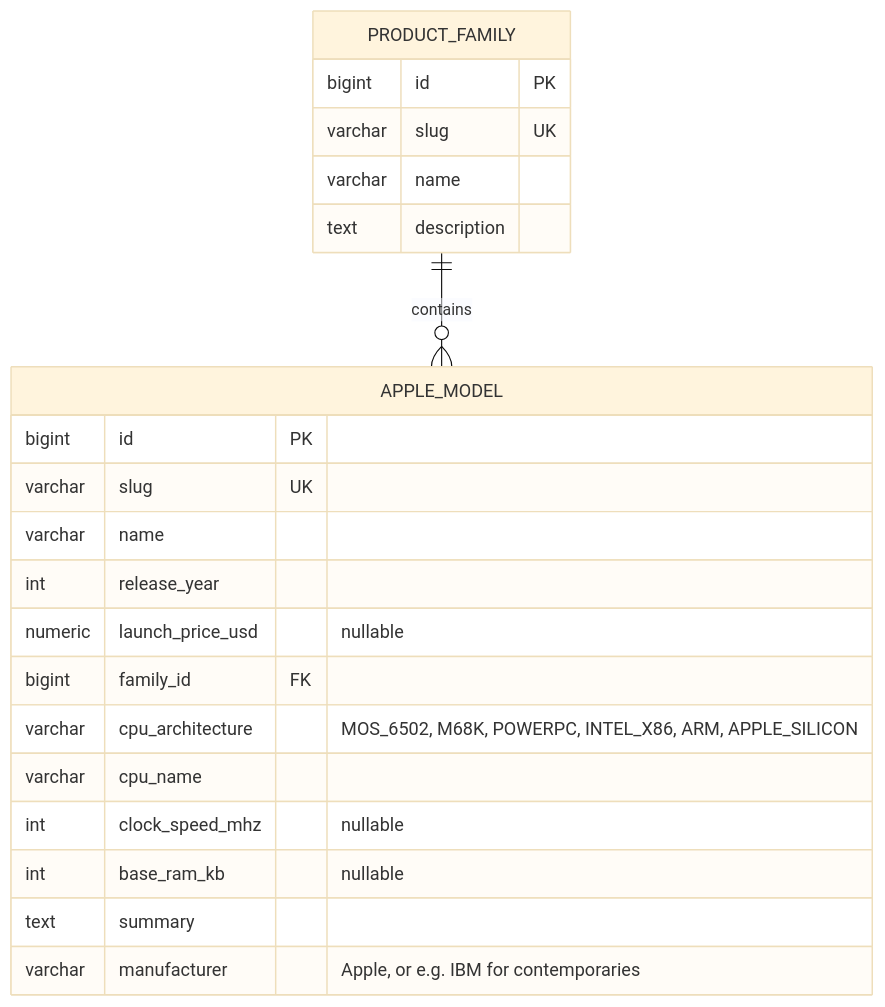
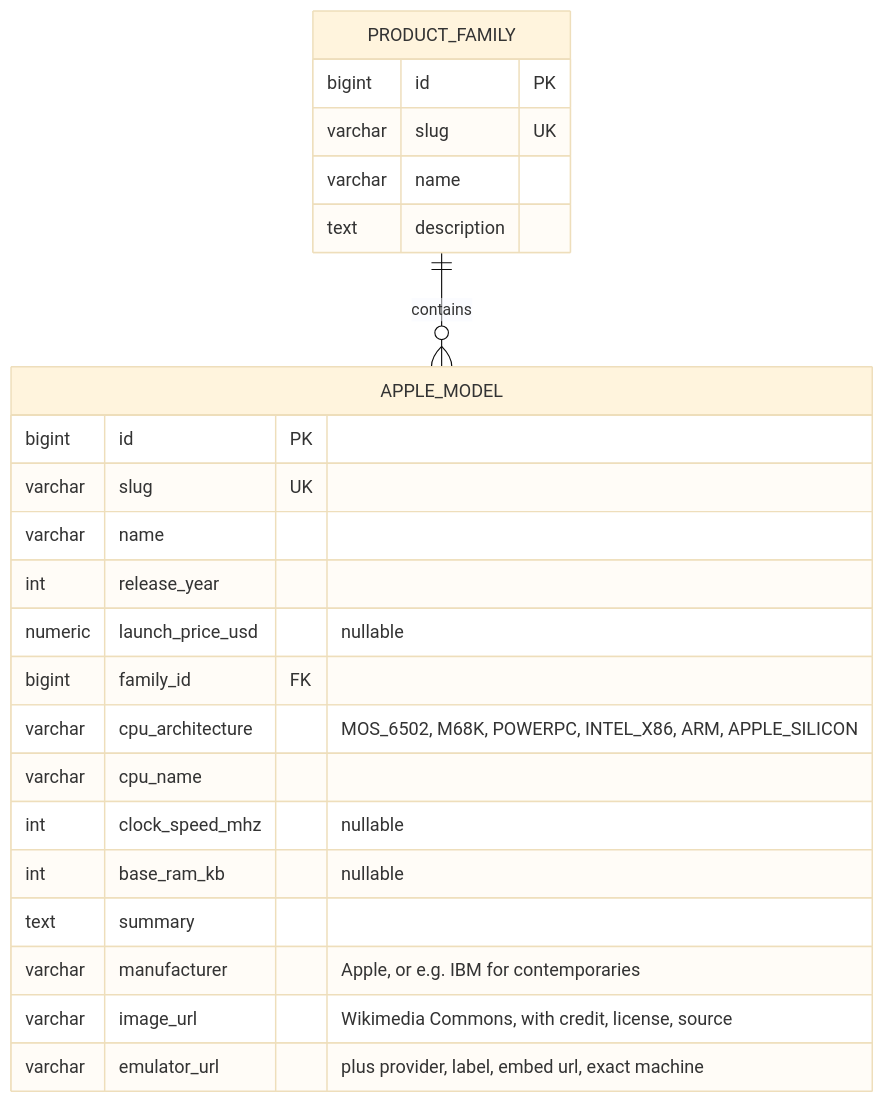
Before and after one commit to rsinghSD/mac-museum-api: the second of 4 diagrams in docs/architecture.md, drawn with Mermaid (base theme). The commit also changed 2 other files, not shown here.

Commit message:
Document photos, emulators, credits and the media rules
Claude-Session: https://claude.ai/code/session_016GJQoHyJHwk3LUa3CXzxvo

````diff
--- a/docs/architecture.md
+++ b/docs/architecture.md
@@ -46,24 +46,26 @@
 ```mermaid
 erDiagram
     PRODUCT_FAMILY ||--o{ APPLE_MODEL : contains
     PRODUCT_FAMILY {
         bigint id PK
         varchar slug UK
         varchar name
         text description
     }
     APPLE_MODEL {
         bigint id PK
         varchar slug UK
         varchar name
         int release_year
         numeric launch_price_usd "nullable"
         bigint family_id FK
         varchar cpu_architecture "MOS_6502, M68K, POWERPC, INTEL_X86, ARM, APPLE_SILICON"
         varchar cpu_name
         int clock_speed_mhz "nullable"
         int base_ram_kb "nullable"
         text summary
         varchar manufacturer "Apple, or e.g. IBM for contemporaries"
+        varchar image_url "Wikimedia Commons, with credit, license, source"
+        varchar emulator_url "plus provider, label, embed url, exact machine"
     }
 ```
````
